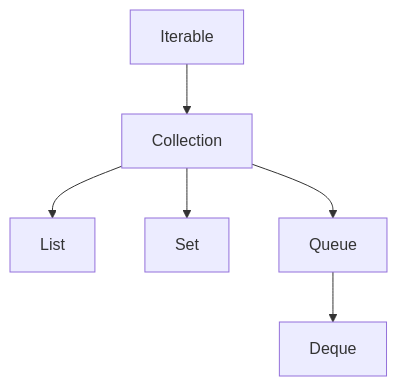
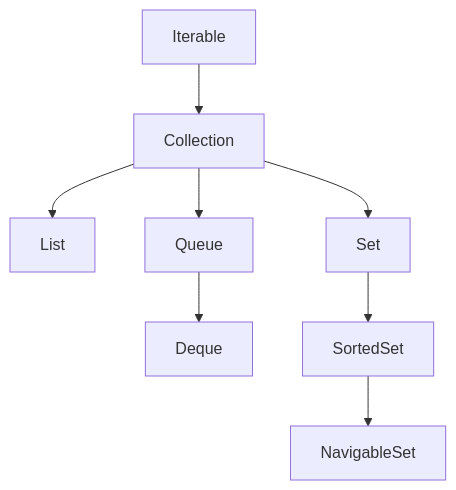
The diagram in no19_collections_framework/theory/01-what-is-the-collection-framework-concepts.md (PhuThien2005/theoretical-of-java-core), drawn with Mermaid before and after one commit. The commit also changed other lines of this file and 32 other files, not shown here.

````diff
--- a/no19_collections_framework/theory/01-what-is-the-collection-framework-concepts.md
+++ b/no19_collections_framework/theory/01-what-is-the-collection-framework-concepts.md
@@ -26,8 +21,10 @@
 ```mermaid
 graph TD
     Iterable --> Collection
     Collection --> List
     Collection --> Set
     Collection --> Queue
     Queue --> Deque
+    Set --> SortedSet
+    SortedSet --> NavigableSet
 ```
````
